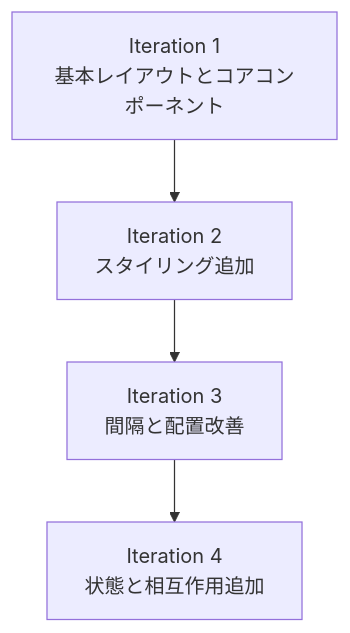
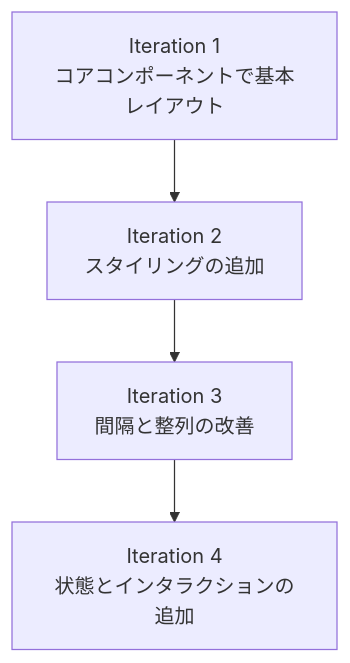
The third of 4 diagrams in docs-site/content/ja/advanced/pencil-guide.md (modu-ai/moai-adk), drawn with Mermaid before and after one commit. The commit also changed other lines of this file and 395 other files, not shown here.

````diff
--- a/docs-site/content/ja/advanced/pencil-guide.md
+++ b/docs-site/content/ja/advanced/pencil-guide.md
@@ -601,6 +551,6 @@
 ```mermaid
 flowchart TD
-    I1["Iteration 1<br>基本レイアウトとコアコンポーネント"] --> I2["Iteration 2<br>スタイリング追加"]
-    I2 --> I3["Iteration 3<br>間隔と配置改善"]
-    I3 --> I4["Iteration 4<br>状態と相互作用追加"]
+    I1["Iteration 1<br>コアコンポーネントで基本レイアウト"] --> I2["Iteration 2<br>スタイリングの追加"]
+    I2 --> I3["Iteration 3<br>間隔と整列の改善"]
+    I3 --> I4["Iteration 4<br>状態とインタラクションの追加"]
 ```
````
